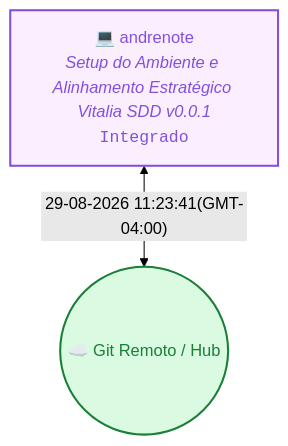
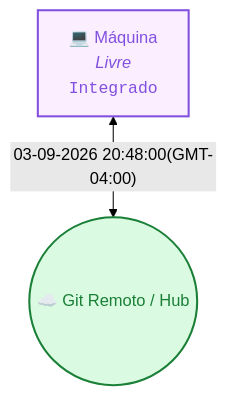
The diagram in README.md (vitalia-platform/vitalia-sdd-context), drawn with Mermaid (forest theme) before and after one commit. The commit also changed other lines of this file and 9 other files, not shown here.

````diff
--- a/README.md
+++ b/README.md
@@ -20,8 +20,8 @@
 ```mermaid
 flowchart TD
   Cloud(("☁️ Git Remoto / Hub"))
-  M_7f367bd3["💻 andrenote<br/><i>Setup do Ambiente e Alinhamento Estratégico Vitalia SDD v0.0.1</i><br/><code>Integrado</code>"]
-  M_7f367bd3 <-->|"29-08-2026 11:23:41(GMT-04:00)"| Cloud
+  M_7f367bd3["💻 Máquina<br/><i>Livre</i><br/><code>Integrado</code>"]
+  M_7f367bd3 <-->|"03-09-2026 20:48:00(GMT-04:00)"| Cloud
   style M_7f367bd3 stroke:#8250df,stroke-width:2px,fill:#fbefff,color:#8250df
   style Cloud stroke:#1a7f37,stroke-width:2px,fill:#dafbe1,color:#1a7f37
 ```
````
